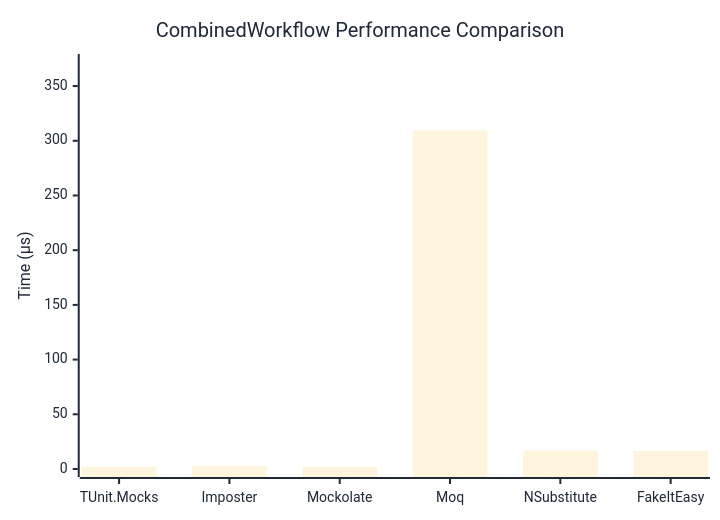
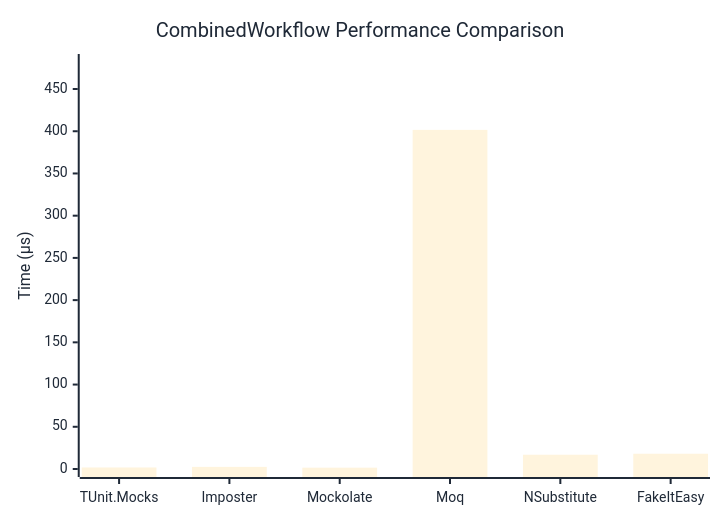
The diagram in docs/docs/benchmarks/mocks/CombinedWorkflow.md (thomhurst/TUnit), drawn with Mermaid before and after one commit. The commit also changed other lines of this file and 14 other files, not shown here.

````diff
--- a/docs/docs/benchmarks/mocks/CombinedWorkflow.md
+++ b/docs/docs/benchmarks/mocks/CombinedWorkflow.md
@@ -30,27 +30,27 @@
 ```mermaid
 %%{init: {
   'theme':'base',
   'themeVariables': {
     'primaryColor': '#2563eb',
     'primaryTextColor': '#1f2937',
     'primaryBorderColor': '#1e40af',
     'lineColor': '#6b7280',
     'secondaryColor': '#7c3aed',
     'tertiaryColor': '#dc2626',
     'background': '#ffffff',
     'pie1': '#2563eb',
     'pie2': '#7c3aed',
     'pie3': '#dc2626',
     'pie4': '#f59e0b',
     'pie5': '#10b981',
     'pie6': '#06b6d4',
     'pie7': '#ec4899',
     'pie8': '#6366f1'
   }
 }}%%
 xychart-beta
   title "CombinedWorkflow Performance Comparison"
   x-axis ["TUnit.Mocks", "Imposter", "Mockolate", "Moq", "NSubstitute", "FakeItEasy"]
-  y-axis "Time (μs)" 0 --> 372
-  bar [2.043, 2.696, 1.837, 309.533, 16.982, 16.466]
+  y-axis "Time (μs)" 0 --> 482
+  bar [1.793, 2.527, 1.578, 401.605, 16.915, 18.075]
 ```
````
